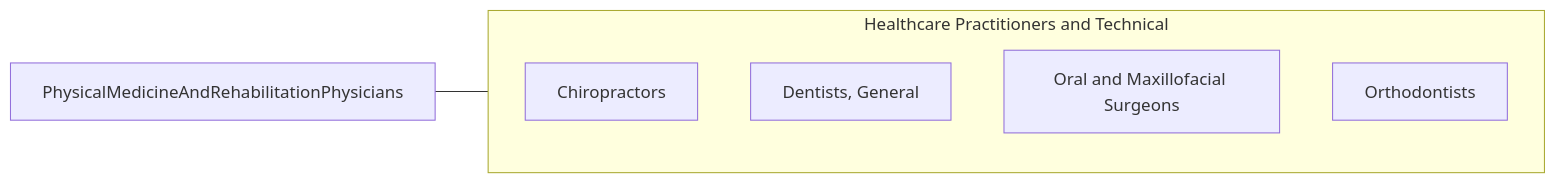
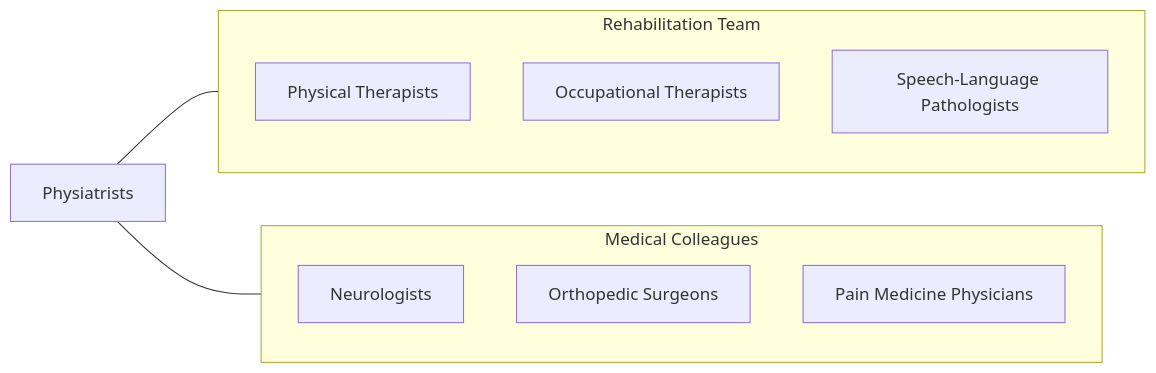
The fourth of 4 diagrams in occupations/HealthcarePractitioners/PhysicalMedicineAndRehabilitationPhysicians.mdx (kziemski/business.org.ai), drawn with Mermaid before and after one commit. The commit also changed other lines of this file and 938 other files, not shown here.

````diff
--- a/occupations/HealthcarePractitioners/PhysicalMedicineAndRehabilitationPhysicians.mdx
+++ b/occupations/HealthcarePractitioners/PhysicalMedicineAndRehabilitationPhysicians.mdx
@@ -112,13 +185,19 @@
 ```mermaid
 graph LR
-    Current["PhysicalMedicineAndRehabilitationPhysicians"]
+    Current["Physiatrists"]
 
-    subgraph SameCategory["Healthcare Practitioners and Technical"]
-        Chiropractors["Chiropractors"]
-        DentistsGeneral["Dentists, General"]
-        OralAndMaxillofacial["Oral and Maxillofacial Surgeons"]
-        Orthodontists["Orthodontists"]
+    subgraph RehabTeam["Rehabilitation Team"]
+        PTs["Physical Therapists"]
+        OTs["Occupational Therapists"]
+        SLPs["Speech-Language Pathologists"]
     end
 
-    Current --- SameCategory
+    subgraph Medical["Medical Colleagues"]
+        Neurologists["Neurologists"]
+        Orthopedists["Orthopedic Surgeons"]
+        PainMD["Pain Medicine Physicians"]
+    end
+
+    Current --- RehabTeam
+    Current --- Medical
 ```
````
